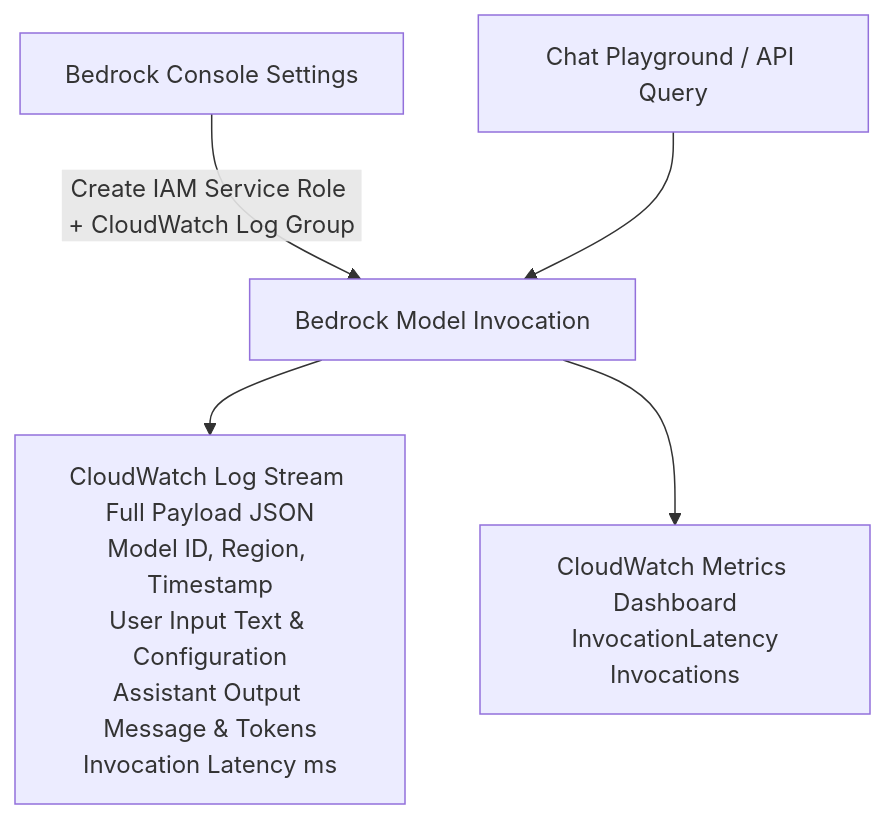
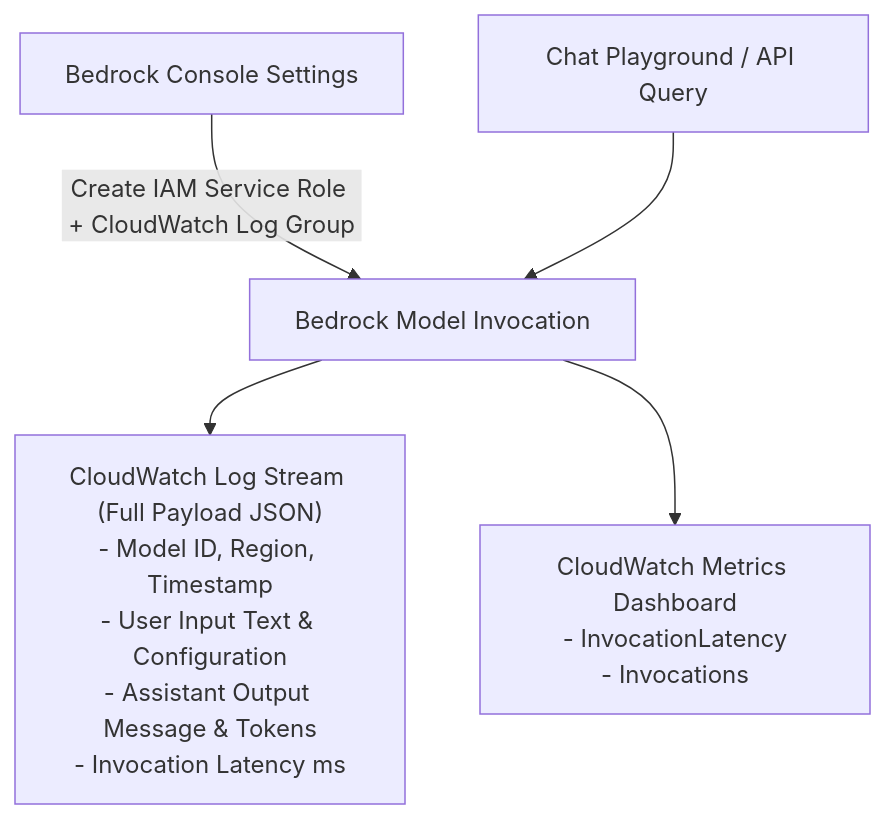
The diagram in docs/ai-practitioner/section-3-bedrock-generative-ai/cloudwatch-integration-hands-on.mdx (rensaputra/aws-docs), drawn with Mermaid before and after one commit. The commit also changed 9 other files, not shown here.

````diff
--- a/docs/ai-practitioner/section-3-bedrock-generative-ai/cloudwatch-integration-hands-on.mdx
+++ b/docs/ai-practitioner/section-3-bedrock-generative-ai/cloudwatch-integration-hands-on.mdx
@@ -13,8 +13,8 @@
 ```mermaid
 graph TD
     Settings[Bedrock Console Settings] -->|Create IAM Service Role + CloudWatch Log Group| Invocation[Bedrock Model Invocation]
     Query[Chat Playground / API Query] --> Invocation
 
-    Invocation --> CWLogs[CloudWatch Log Stream Full Payload JSON<br/>Model ID, Region, Timestamp<br/>User Input Text & Configuration<br/>Assistant Output Message & Tokens<br/>Invocation Latency ms]
-    Invocation --> CWMetrics[CloudWatch Metrics Dashboard<br/>InvocationLatency<br/>Invocations]
+    Invocation --> CWLogs["CloudWatch Log Stream (Full Payload JSON)<br/>- Model ID, Region, Timestamp<br/>- User Input Text & Configuration<br/>- Assistant Output Message & Tokens<br/>- Invocation Latency ms"]
+    Invocation --> CWMetrics[CloudWatch Metrics Dashboard<br/>- InvocationLatency<br/>- Invocations]
 ```
````
